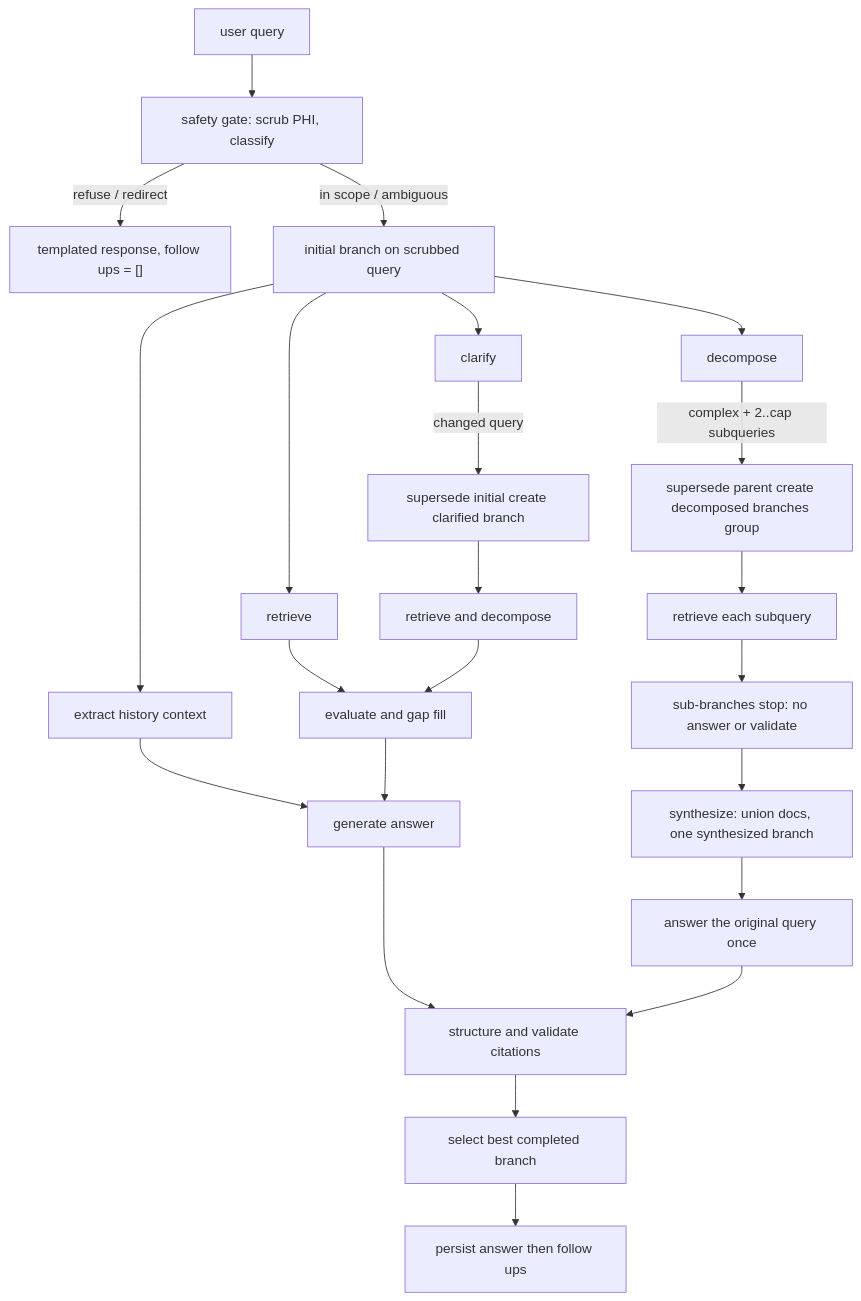
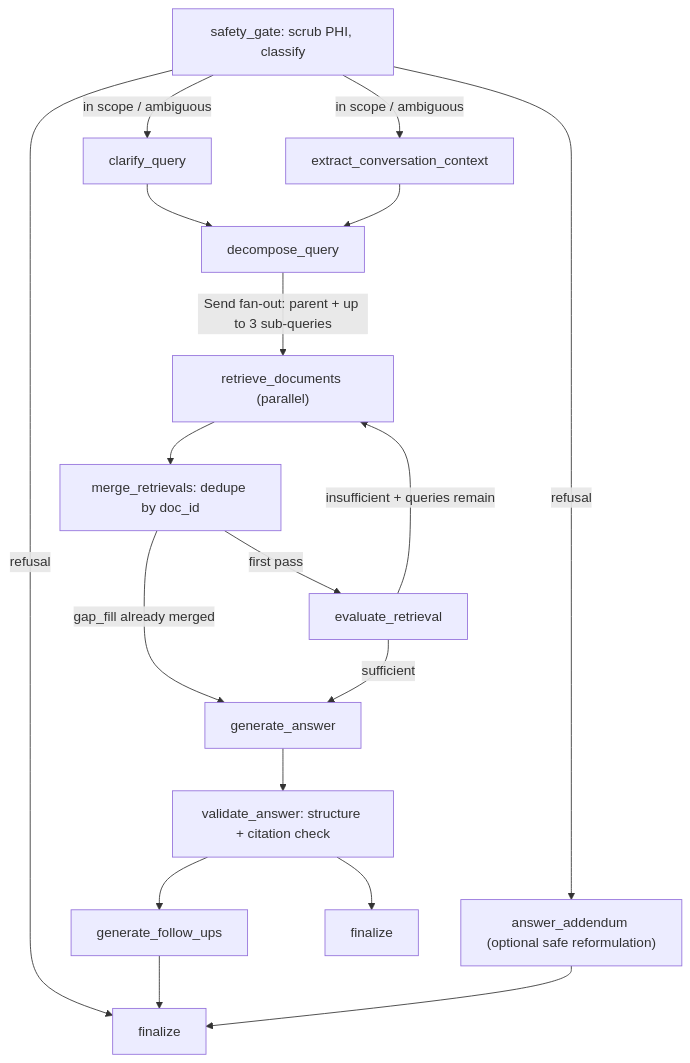
One commit to siddicky/healthcare-rag-langgraph changed the diagram in openwiki/architecture/overview.md. Above: the diagram before and after it, drawn with Mermaid. The commit also changed other lines of this file and 51 other files, not shown here.

````diff
--- a/openwiki/architecture/overview.md
+++ b/openwiki/architecture/overview.md
@@ -16,25 +24,20 @@
 ```mermaid
 flowchart TD
-  Q["user query"] --> G["safety gate: scrub PHI, classify"]
-  G -->|"refuse / redirect"| T["templated response, follow ups = []"]
-  G -->|"in scope / ambiguous"| I["initial branch on scrubbed query"]
-  I --> C["clarify"]
-  I --> D["decompose"]
-  I --> R["retrieve"]
-  I --> H["extract history context"]
-  C -->|"changed query"| SC["supersede initial create clarified branch"]
-  D -->|"complex + 2..cap subqueries"| SD["supersede parent create decomposed branches group"]
-  SC --> R2["retrieve and decompose"]
-  SD --> R3["retrieve each subquery"]
-  R --> E["evaluate and gap fill"]
-  R2 --> E
-  R3 --> E3["sub-branches stop: no answer or validate"]
-  E3 --> SY["synthesize: union docs, one synthesized branch"]
-  SY --> A2["answer the original query once"]
-  H --> A["generate answer"]
-  E --> A
-  A --> V["structure and validate citations"]
-  A2 --> V
-  V --> B["select best completed branch"]
-  B --> F["persist answer then follow ups"]
+  S["safety_gate: scrub PHI, classify"] -->|"refusal"| AD["answer_addendum (optional safe reformulation)"]
+  S -->|"refusal"| F["finalize"]
+  S -->|"in scope / ambiguous"| C["clarify_query"]
+  S -->|"in scope / ambiguous"| X["extract_conversation_context"]
+  C --> D["decompose_query"]
+  X --> D
+  D -->|"Send fan-out: parent + up to 3 sub-queries"| R["retrieve_documents (parallel)"]
+  R --> M["merge_retrievals: dedupe by doc_id"]
+  M -->|"gap_fill already merged"| G["generate_answer"]
+  M -->|"first pass"| E["evaluate_retrieval"]
+  E -->|"insufficient + queries remain"| R
+  E -->|"sufficient"| G
+  G --> V["validate_answer: structure + citation check"]
+  V --> FU["generate_follow_ups"]
+  V --> FU2["finalize"]
+  FU --> F
+  AD --> F
 ```
````
